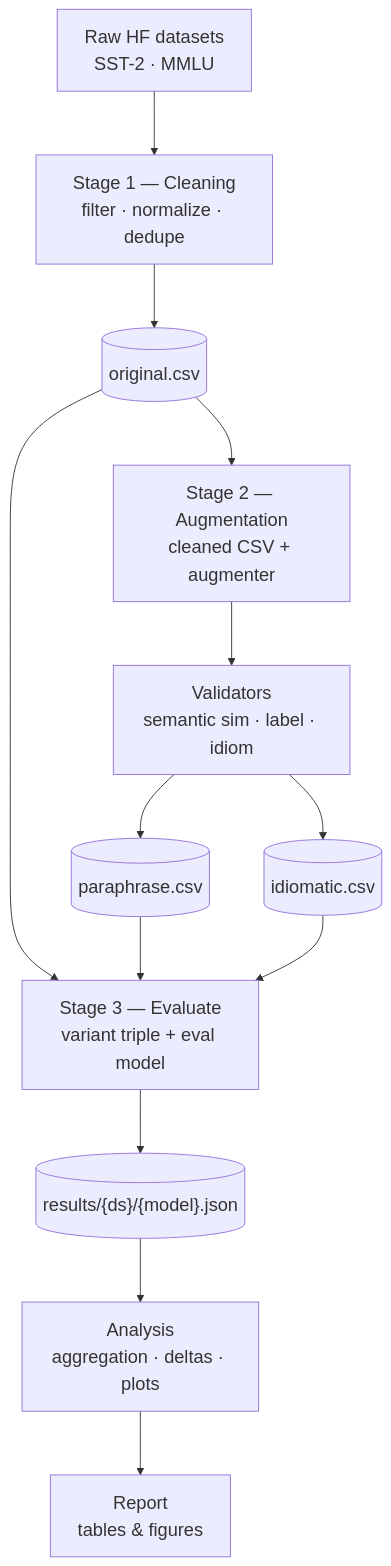
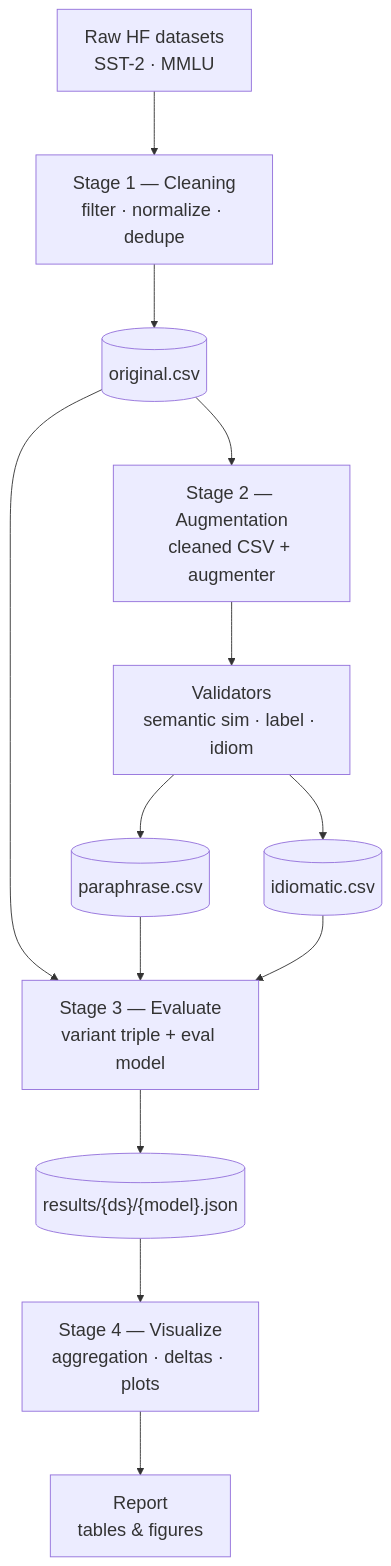
One commit to LihuZur/Idiom_degredation changed the diagram in ARCHITECTURE.md. Above: the diagram before and after it, drawn with Mermaid. The commit also changed other lines of this file and 20 other files, not shown here.

````diff
--- a/ARCHITECTURE.md
+++ b/ARCHITECTURE.md
@@ -17,28 +17,28 @@
 ```mermaid
 %%{init: {
   "theme": "default",
   "themeVariables": { "fontSize": "20px", "fontFamily": "Inter, Arial, sans-serif" },
   "flowchart": { "nodeSpacing": 60, "rankSpacing": 70, "htmlLabels": true, "useMaxWidth": true }
 }}%%
 flowchart TB
     A["Raw HF datasets<br/>SST-2 · MMLU"]
     C["Stage 1 — Cleaning<br/>filter · normalize · dedupe"]
     Do[("original.csv")]
     B["Stage 2 — Augmentation<br/>cleaned CSV + augmenter"]
     V["Validators<br/>semantic sim · label · idiom"]
     Dp[("paraphrase.csv")]
     Di[("idiomatic.csv")]
     E["Stage 3 — Evaluate<br/>variant triple + eval model"]
     R[("results/&lcub;ds&rcub;/&lcub;model&rcub;.json")]
-    AN["Analysis<br/>aggregation · deltas · plots"]
+    AN["Stage 4 — Visualize<br/>aggregation · deltas · plots"]
     RP["Report<br/>tables & figures"]
 
     A  --> C  --> Do
     Do --> B  --> V
     V  --> Dp
     V  --> Di
     Do --> E
     Dp --> E
     Di --> E
     E  --> R  --> AN --> RP
 ```
````
